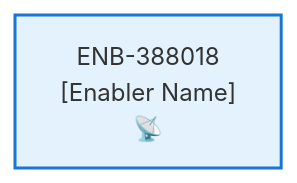
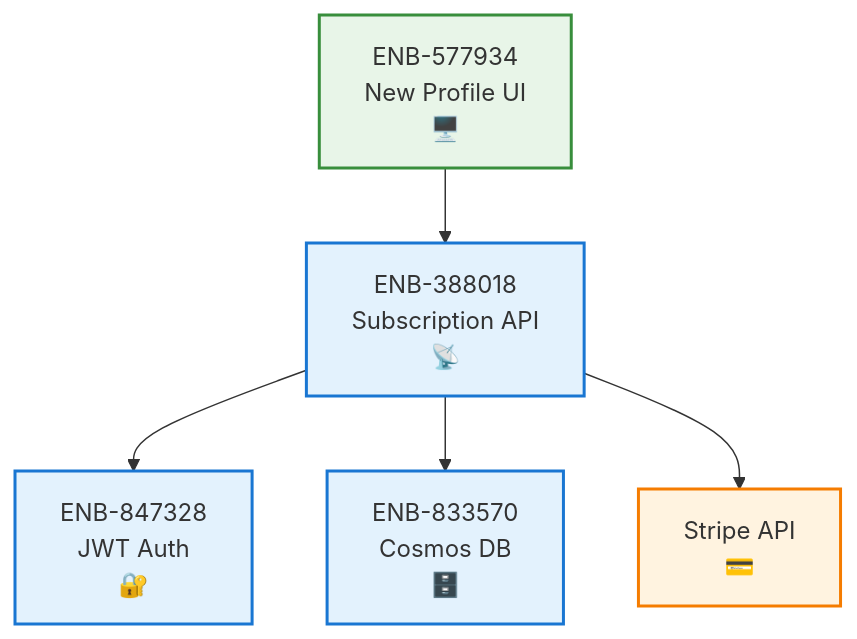
Before and after one commit to gardner711/lease-sentry: the first of 6 diagrams in specifications/new-subscription/388018-enabler.md, drawn with Mermaid. The commit also changed other lines of this file, not shown here.

First line of the commit message:
Complete ENB-388018 Subscription API enabler specification

````diff
--- a/specifications/new-subscription/388018-enabler.md
+++ b/specifications/new-subscription/388018-enabler.md
@@ -87,9 +95,25 @@
 ```mermaid
 flowchart TD
-    ENB_XXXXXX["ENB-388018<br/>[Enabler Name]<br/>📡"]
+    ENB_388018["ENB-388018<br/>Subscription API<br/>📡"]
 
-    %% Add your dependency flows here
+    ENB_847328["ENB-847328<br/>JWT Auth<br/>🔐"]
+    ENB_833570["ENB-833570<br/>Cosmos DB<br/>🗄️"]
+
+    STRIPE["Stripe API<br/>💳"]
+
+    ENB_388018 --> ENB_847328
+    ENB_388018 --> ENB_833570
+    ENB_388018 --> STRIPE
+
+    ENB_577934["ENB-577934<br/>New Profile UI<br/>🖥️"]
+    ENB_577934 --> ENB_388018
 
     classDef enabler fill:#e3f2fd,stroke:#1976d2,stroke-width:2px
-    class ENB_XXXXXX enabler
+    classDef external fill:#fff3e0,stroke:#f57c00,stroke-width:2px
+    classDef downstream fill:#e8f5e8,stroke:#388e3c,stroke-width:2px
+
+    class ENB_388018 enabler
+    class ENB_847328,ENB_833570 enabler
+    class STRIPE external
+    class ENB_577934 downstream
 ```
````
